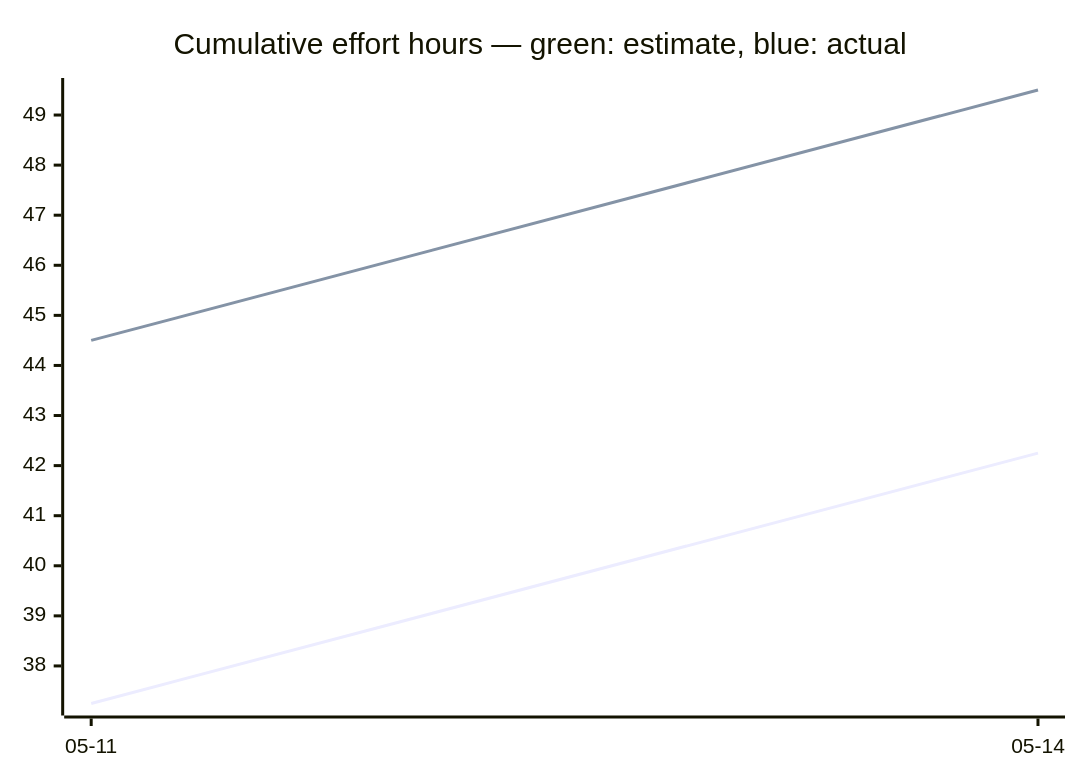
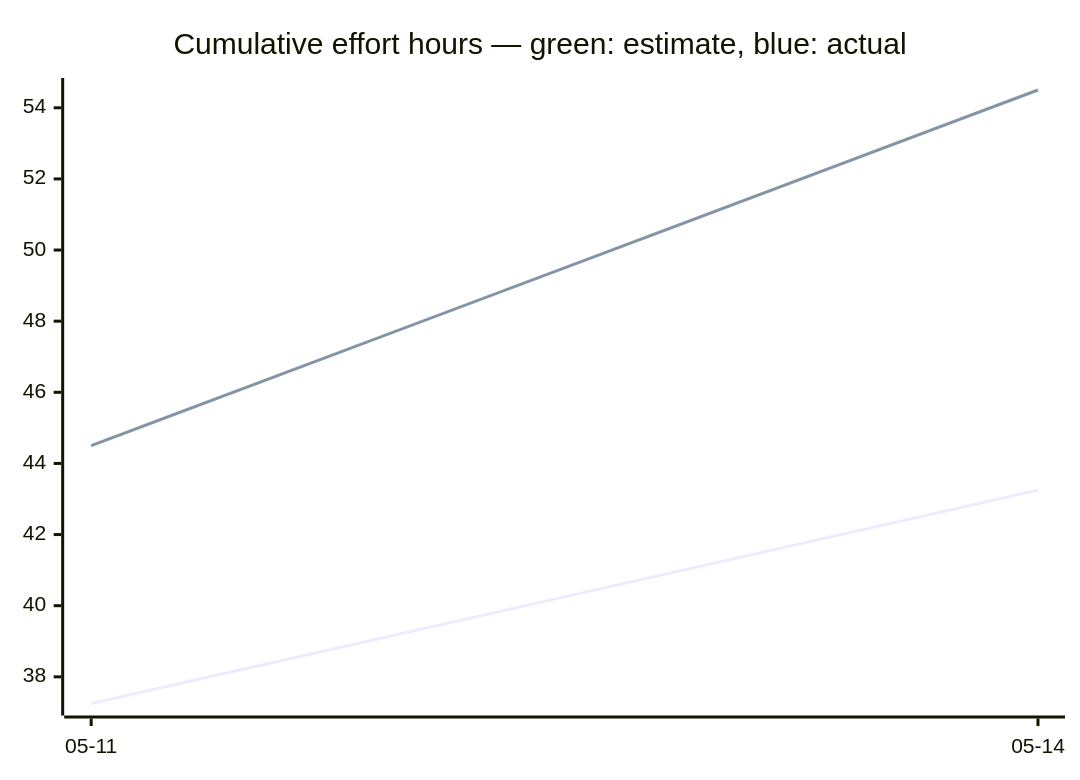
The third of 3 diagrams in docs/developers/tasks/OVERVIEW.md (tgd1975/AwesomeGuitarPedal), drawn with Mermaid before and after one commit. The commit also changed other lines of this file and 10 other files, not shown here.

````diff
--- a/docs/developers/tasks/OVERVIEW.md
+++ b/docs/developers/tasks/OVERVIEW.md
@@ -40,7 +40,7 @@
 ```mermaid
 xychart-beta
     title "Cumulative effort hours — green: estimate, blue: actual"
     x-axis ["05-11", "05-14"]
-    line [37.25, 42.25]
-    line [44.5, 49.5]
+    line [37.25, 43.25]
+    line [44.5, 54.5]
 ```
````
